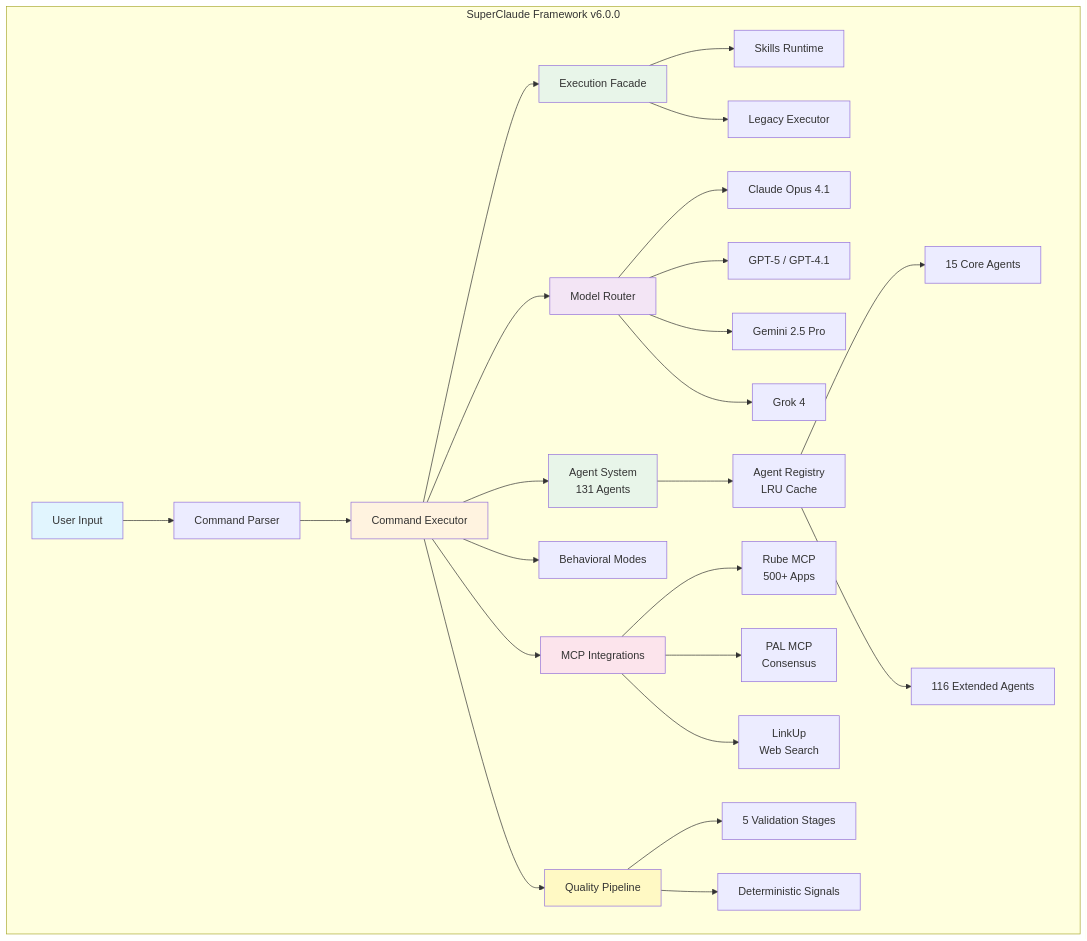
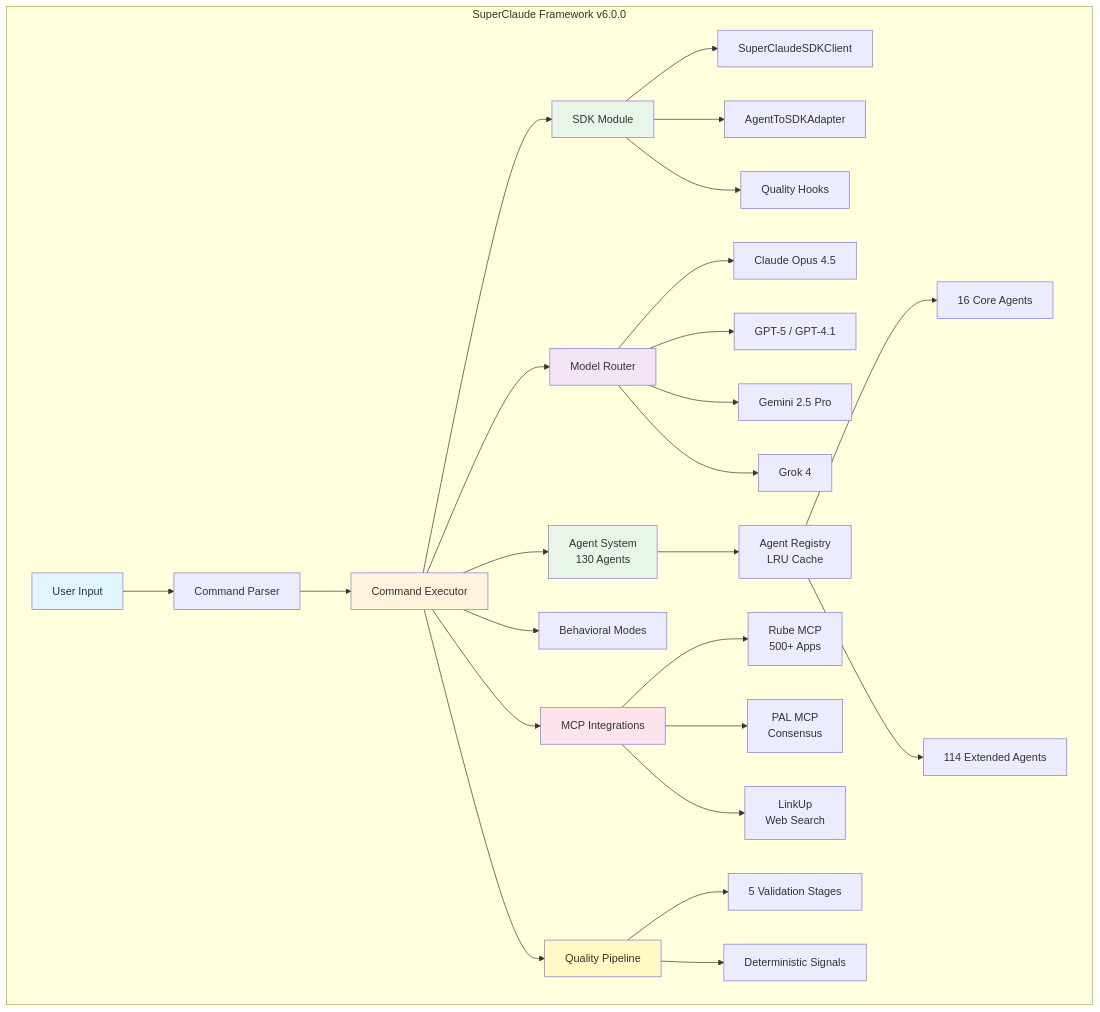
One commit to Tony363/SuperClaude changed the first of 15 diagrams in README.md. Above: the diagram before and after it, drawn with Mermaid. The commit also changed other lines of this file, not shown here.

First line of the commit message:
docs: comprehensive README update with SDK integration and accurate metrics

````diff
--- a/README.md
+++ b/README.md
@@ -100,41 +129,42 @@
 ```mermaid
 graph TB
     subgraph "SuperClaude Framework v6.0.0"
         User[User Input] --> Parser[Command Parser]
         Parser --> Executor[Command Executor]
 
-        Executor --> Facade[Execution Facade]
+        Executor --> SDK[SDK Module]
         Executor --> Router[Model Router]
-        Executor --> Agents[Agent System<br/>131 Agents]
+        Executor --> Agents[Agent System<br/>130 Agents]
         Executor --> Modes[Behavioral Modes]
 
-        Facade --> Skills[Skills Runtime]
-        Facade --> Legacy[Legacy Executor]
+        SDK --> SDKClient[SuperClaudeSDKClient]
+        SDK --> SDKAdapter[AgentToSDKAdapter]
+        SDK --> SDKHooks[Quality Hooks]
 
-        Router --> Anthropic[Claude Opus 4.1]
+        Router --> Anthropic[Claude Opus 4.5]
         Router --> OpenAI[GPT-5 / GPT-4.1]
         Router --> Google[Gemini 2.5 Pro]
         Router --> xAI[Grok 4]
 
         Agents --> Registry[Agent Registry<br/>LRU Cache]
-        Registry --> CoreAgents[15 Core Agents]
-        Registry --> ExtendedAgents[116 Extended Agents]
+        Registry --> CoreAgents[16 Core Agents]
+        Registry --> ExtendedAgents[114 Extended Agents]
 
         Executor --> MCP[MCP Integrations]
         MCP --> Rube[Rube MCP<br/>500+ Apps]
         MCP --> PAL[PAL MCP<br/>Consensus]
         MCP --> LinkUp[LinkUp<br/>Web Search]
 
         Executor --> Quality[Quality Pipeline]
         Quality --> Validation[5 Validation Stages]
         Quality --> Signals[Deterministic Signals]
     end
 
     style User fill:#e1f5fe
     style Executor fill:#fff3e0
-    style Facade fill:#e8f5e9
+    style SDK fill:#e8f5e9
     style Router fill:#f3e5f5
     style Agents fill:#e8f5e9
     style MCP fill:#fce4ec
     style Quality fill:#fff9c4
 ```
````
